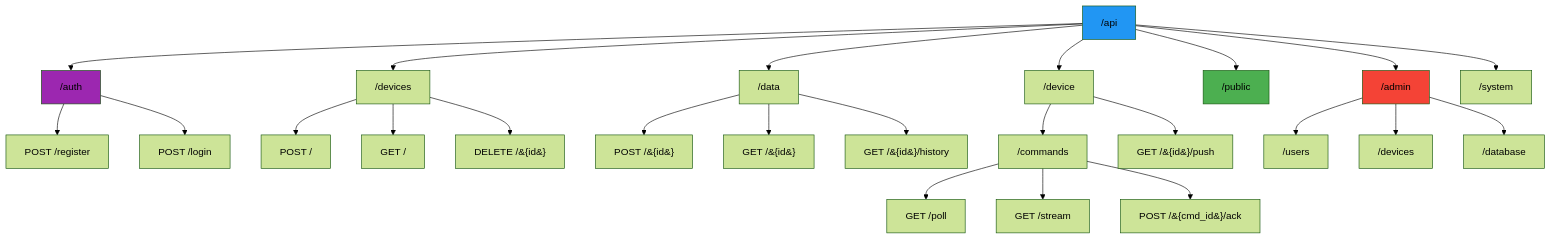
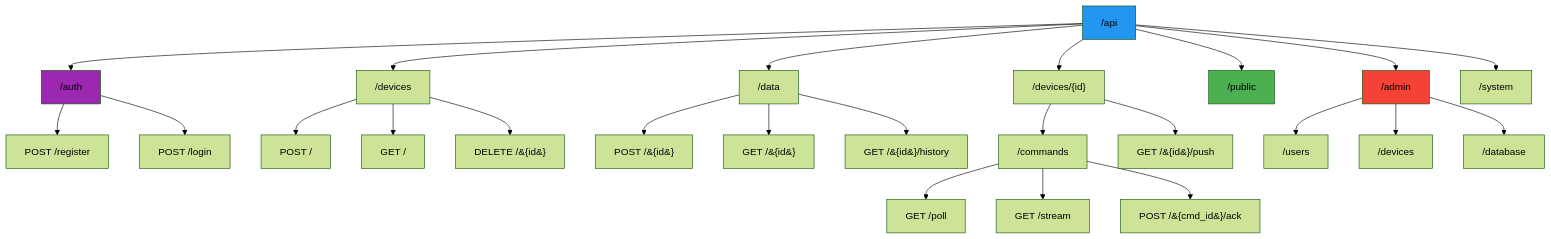
Before and after one commit to tevfik/datum-server: the tenth of 14 diagrams in docs/diagrams/ARCHITECTURE.md, drawn with Mermaid (forest theme). The commit also changed other lines of this file and 30 other files, not shown here.

Commit message:
chore: standardize API to plural /devices, update docs and fix duplication

````diff
--- a/docs/diagrams/ARCHITECTURE.md
+++ b/docs/diagrams/ARCHITECTURE.md
@@ -284,37 +284,37 @@
 ```mermaid
 graph TD
     API["/api"] --> AUTH["/auth"]
     API --> DEVICES["/devices"]
     API --> DATA["/data"]
-    API --> DEVICE["/device"]
+    API --> DEVICE["/devices/{id}"]
     API --> PUBLIC["/public"]
     API --> ADMIN["/admin"]
     API --> SYSTEM["/system"]
     
     AUTH --> REGISTER[POST /register]
     AUTH --> LOGIN[POST /login]
     
     DEVICES --> CREATE_DEV[POST /]
     DEVICES --> LIST_DEV[GET /]
     DEVICES --> DELETE_DEV[DELETE /&#123;id&#125;]
 
     DATA --> POST_DATA[POST /&#123;id&#125;]
     DATA --> GET_LATEST[GET /&#123;id&#125;]
     DATA --> GET_HISTORY[GET /&#123;id&#125;/history]
     
     DEVICE --> COMMANDS["/commands"]
     DEVICE --> PUSH["GET /&#123;id&#125;/push"]
     
     COMMANDS --> POLL[GET /poll]
     COMMANDS --> STREAM[GET /stream]
     COMMANDS --> ACK[POST /&#123;cmd_id&#125;/ack]
     
     ADMIN --> USERS["/users"]
     ADMIN --> DEVICES_ADMIN["/devices"]
     ADMIN --> DATABASE["/database"]
     
     style API fill:#2196F3
     style AUTH fill:#9C27B0
     style ADMIN fill:#f44336
     style PUBLIC fill:#4CAF50
 ```
````
